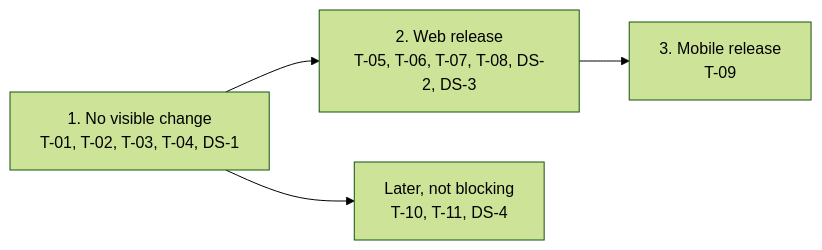
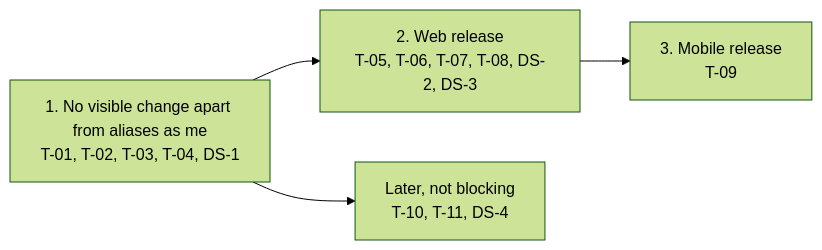
One commit to linagora/tmail-flutter changed the diagram in docs/adr/0114-delegated-mailbox-access.md. Above: the diagram before and after it, drawn with Mermaid (forest theme). The commit also changed other lines of this file, not shown here.

````diff
--- a/docs/adr/0114-delegated-mailbox-access.md
+++ b/docs/adr/0114-delegated-mailbox-access.md
@@ -145,5 +145,5 @@
 ```mermaid
 flowchart LR
-  S1["1. No visible change<br/>T-01, T-02, T-03, T-04, DS-1"] --> S2["2. Web release<br/>T-05, T-06, T-07, T-08, DS-2, DS-3"] --> S3["3. Mobile release<br/>T-09"]
+  S1["1. No visible change apart from aliases as me<br/>T-01, T-02, T-03, T-04, DS-1"] --> S2["2. Web release<br/>T-05, T-06, T-07, T-08, DS-2, DS-3"] --> S3["3. Mobile release<br/>T-09"]
   S1 --> S4["Later, not blocking<br/>T-10, T-11, DS-4"]
 ```
````
